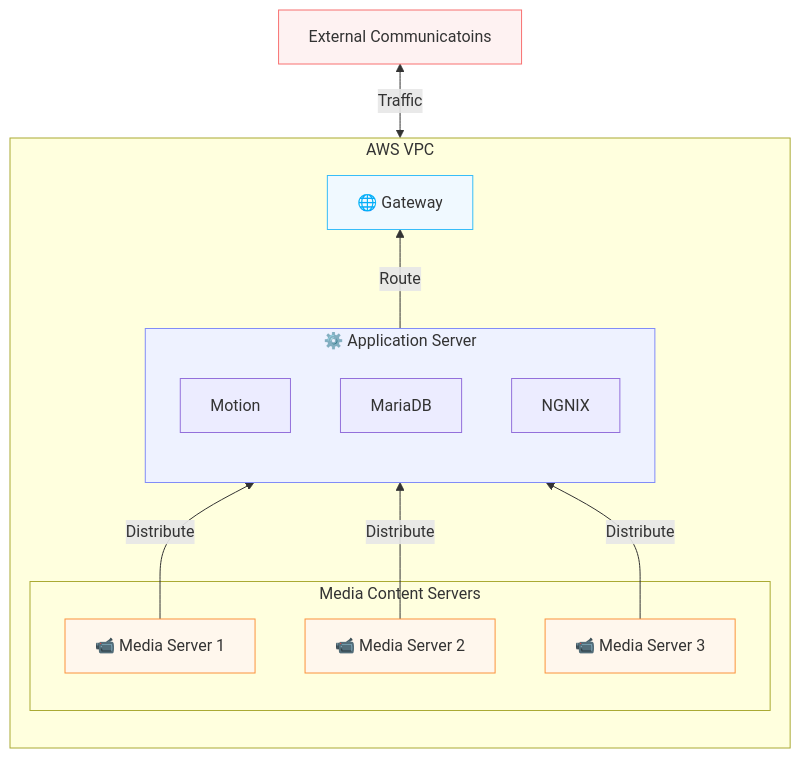
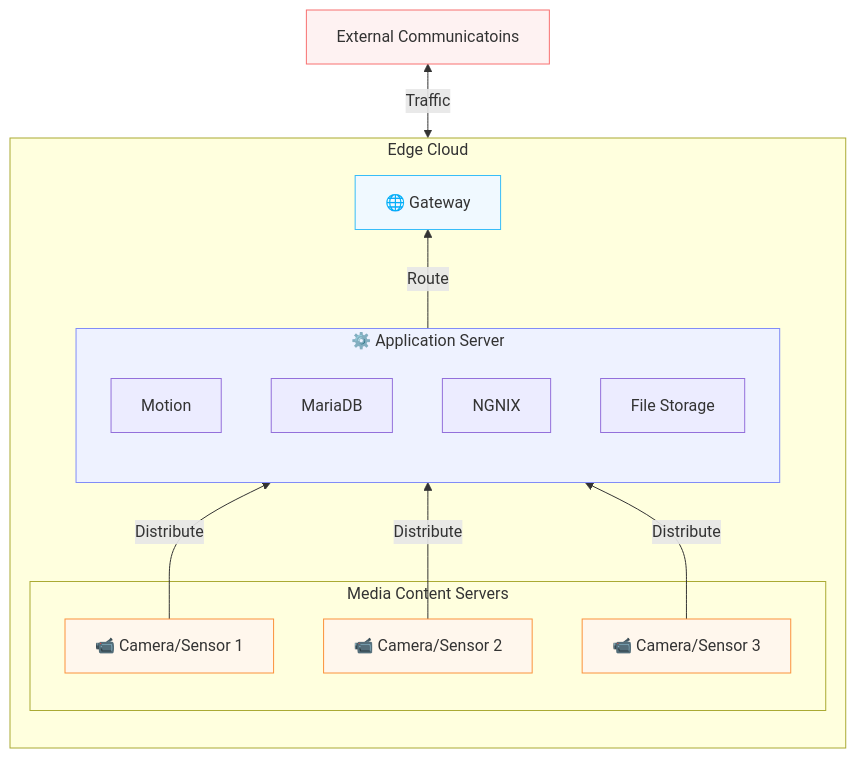
The diagram in Doc1.md (robert-brown19/apple-pi), drawn with Mermaid before and after one commit. The commit also changed other lines of this file, not shown here.

Commit message:
Revise mermaid diagrams and media server names
Updated mermaid diagrams and adjusted media server labels.

````diff
--- a/Doc1.md
+++ b/Doc1.md
@@ -17,39 +8,41 @@
 ```mermaid
 flowchart BT
  subgraph mediaServers["Media Content Servers"]
-        media1["📹 Media Server 1"]
-        media2["📹 Media Server 2"]
-        media3["📹 Media Server 3"]
+        media1["📹 Camera/Sensor 1"]
+        media2["📹 Camera/Sensor 2"]
+        media3["📹 Camera/Sensor 3"]
   end
  subgraph appServer["⚙️ Application Server"]
         server1["Motion"]
         database["MariaDB"]
         server2["NGNIX"]
+        server3["File Storage"]
   end
- subgraph vpc["AWS VPC"]
+ subgraph vpc["Edge Cloud"]
     direction BT
         igw["🌐 Gateway"]
         appServer
         mediaServers
   end
-    igw -- Traffic <--> internet["External Communicatoins"]
+    igw <-- Traffic --> internet["External Communicatoins"]
     appServer -- Route --> igw
     media1 -- Distribute --> appServer
     media2 -- Distribute --> appServer
     media3 -- Distribute --> appServer
 
      media1:::mediaStyle
      media1:::mediaStyle
      media2:::mediaStyle
      media2:::mediaStyle
      media3:::mediaStyle
      media3:::mediaStyle
      igw:::gatewayStyle
      appServer:::appStyle
      internet:::internetStyle
     classDef vpcStyle stroke:#2dd4bf,fill:#f0fdfa
     classDef gatewayStyle stroke:#38bdf8,fill:#f0f9ff
     classDef appStyle stroke:#818cf8,fill:#eef2ff
     classDef mediaStyle stroke:#fb923c,fill:#fff7ed
     classDef internetStyle stroke:#f87171,fill:#fef2f2
+
 ```
````
